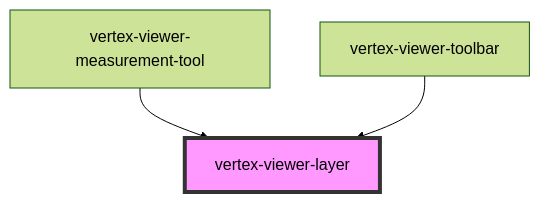
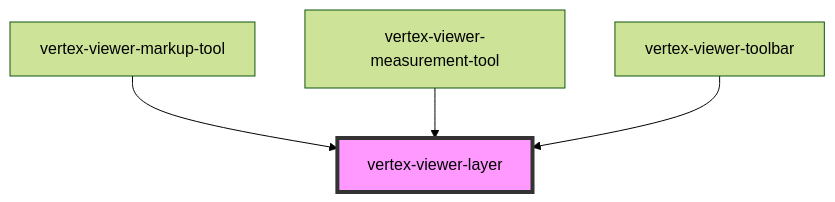
Before and after one commit to Vertexvis/vertex-web-sdk: the diagram in packages/viewer/src/components/viewer-layer/readme.md, drawn with Mermaid (forest theme). The commit also changed other lines of this file and 14 other files, not shown here.

````diff
--- a/packages/viewer/src/components/viewer-layer/readme.md
+++ b/packages/viewer/src/components/viewer-layer/readme.md
@@ -49,6 +50,7 @@
 ```mermaid
 graph TD;
+  vertex-viewer-markup-tool --> vertex-viewer-layer
   vertex-viewer-measurement-tool --> vertex-viewer-layer
   vertex-viewer-toolbar --> vertex-viewer-layer
   style vertex-viewer-layer fill:#f9f,stroke:#333,stroke-width:4px
 ```
````
